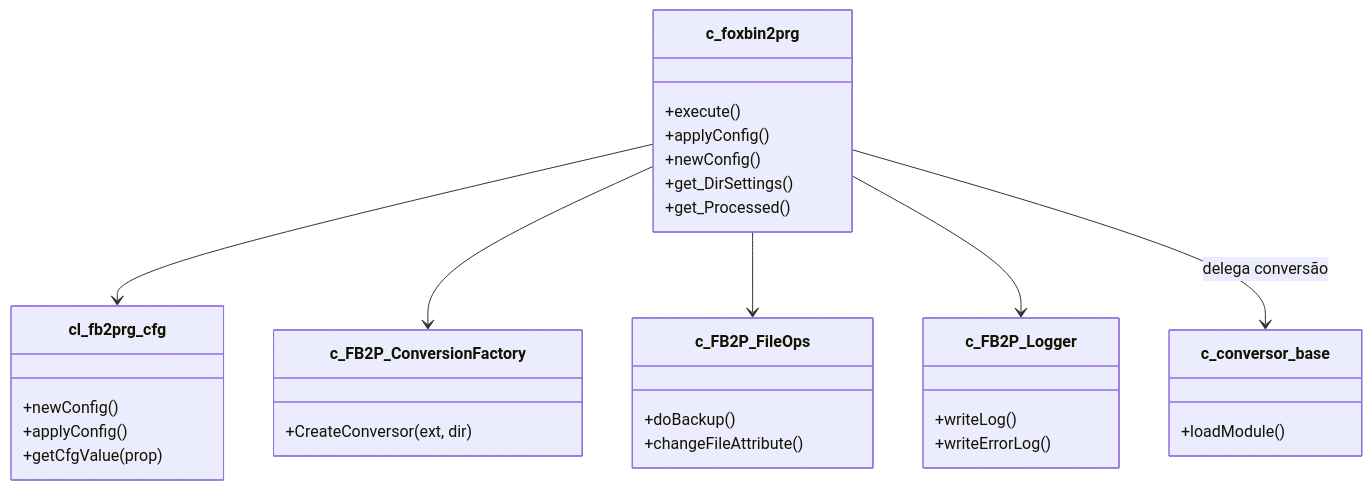
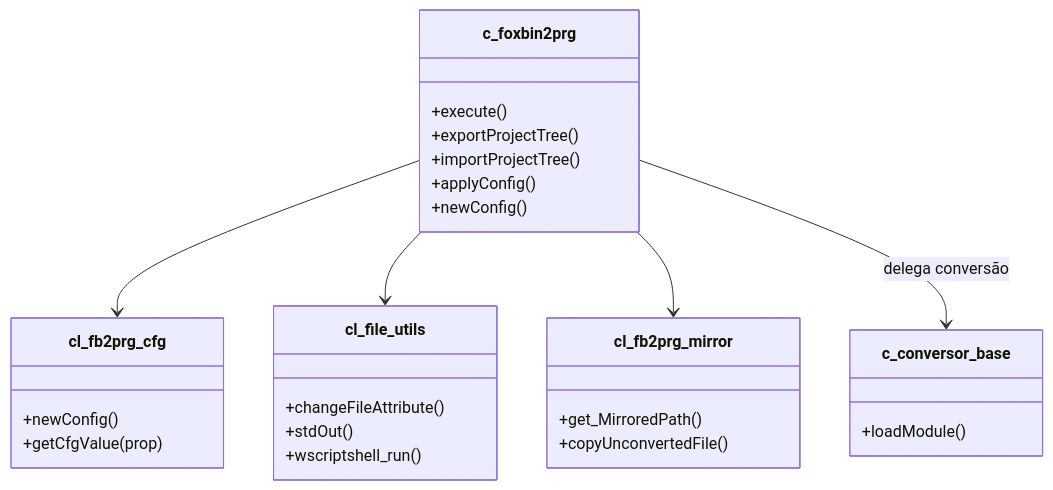
The second of 2 diagrams in docs/c_foxbin2prg_ClassAnalysis.md (lkmatsumura/foxbin2prg), drawn with Mermaid before and after one commit. The commit also changed other lines of this file and 2 other files, not shown here.

First line of the commit message:
refactor: Update class documentation and enhance project structure

````diff
--- a/docs/c_foxbin2prg_ClassAnalysis.md
+++ b/docs/c_foxbin2prg_ClassAnalysis.md
@@ -400,35 +343,31 @@
 ```mermaid
 classDiagram
     class c_foxbin2prg {
         +execute()
+        +exportProjectTree()
+        +importProjectTree()
         +applyConfig()
         +newConfig()
-        +get_DirSettings()
-        +get_Processed()
     }
     class cl_fb2prg_cfg {
         +newConfig()
-        +applyConfig()
         +getCfgValue(prop)
     }
-    class c_FB2P_ConversionFactory {
-        +CreateConversor(ext, dir)
+    class cl_file_utils {
+        +changeFileAttribute()
+        +stdOut()
+        +wscriptshell_run()
     }
-    class c_FB2P_FileOps {
-        +doBackup()
-        +changeFileAttribute()
-    }
-    class c_FB2P_Logger {
-        +writeLog()
-        +writeErrorLog()
+    class cl_fb2prg_mirror {
+        +get_MirroredPath()
+        +copyUnconvertedFile()
     }
     class c_conversor_base {
         +loadModule()
     }
 
     c_foxbin2prg --> cl_fb2prg_cfg
-    c_foxbin2prg --> c_FB2P_ConversionFactory
-    c_foxbin2prg --> c_FB2P_FileOps
-    c_foxbin2prg --> c_FB2P_Logger
+    c_foxbin2prg --> cl_file_utils
+    c_foxbin2prg --> cl_fb2prg_mirror
     c_foxbin2prg --> c_conversor_base : delega conversão
 ```
````
